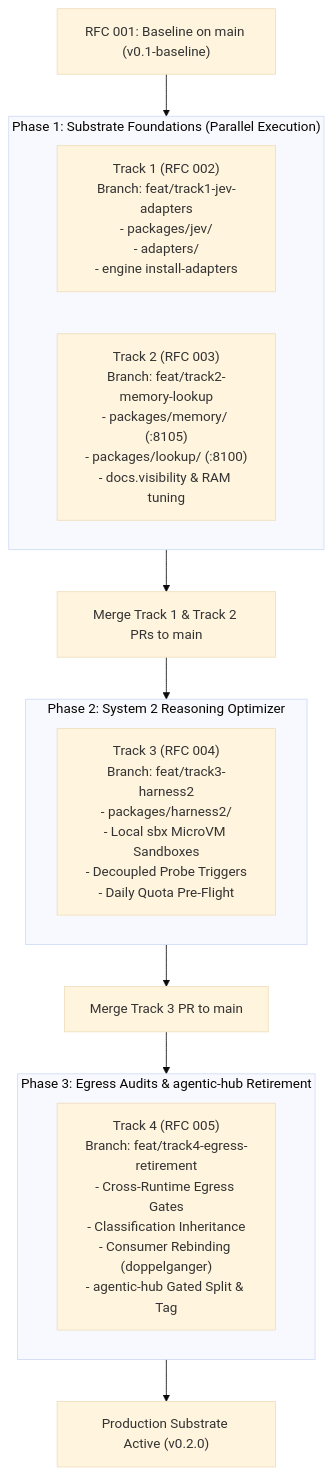
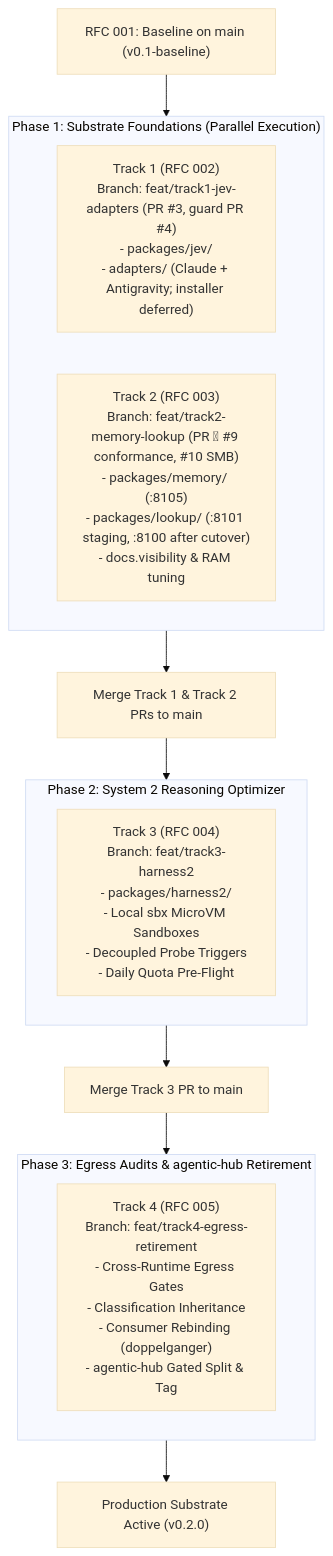
One commit to rockad/cognitive-engine changed the diagram in docs/plans/2026-10-26-multi-track-implementation-plan.md. Above: the diagram before and after it, drawn with Mermaid (base theme). The commit also changed other lines of this file, not shown here.

First line of the commit message:
docs(plans): reconcile Track 1 and Track 2 text and the DAG with the real PR stack

````diff
--- a/docs/plans/2026-10-26-multi-track-implementation-plan.md
+++ b/docs/plans/2026-10-26-multi-track-implementation-plan.md
@@ -45,26 +49,26 @@
 ```mermaid
 flowchart TD
     MainBase["RFC 001: Baseline on main (v0.1-baseline)"] --> Phase1
 
     subgraph Phase1 ["Phase 1: Substrate Foundations (Parallel Execution)"]
         direction LR
-        Track1["Track 1 (RFC 002)<br/>Branch: feat/track1-jev-adapters<br/>- packages/jev/<br/>- adapters/<br/>- engine install-adapters"]
-        Track2["Track 2 (RFC 003)<br/>Branch: feat/track2-memory-lookup<br/>- packages/memory/ (:8105)<br/>- packages/lookup/ (:8100)<br/>- docs.visibility & RAM tuning"]
+        Track1["Track 1 (RFC 002)<br/>Branch: feat/track1-jev-adapters (PR #3, guard PR #4)<br/>- packages/jev/<br/>- adapters/ (Claude + Antigravity; installer deferred)"]
+        Track2["Track 2 (RFC 003)<br/>Branch: feat/track2-memory-lookup (PR #8; #9 conformance, #10 SMB)<br/>- packages/memory/ (:8105)<br/>- packages/lookup/ (:8101 staging, :8100 after cutover)<br/>- docs.visibility & RAM tuning"]
     end
 
     Phase1 --> Merge1["Merge Track 1 & Track 2 PRs to main"]
     Merge1 --> Phase2
 
     subgraph Phase2 ["Phase 2: System 2 Reasoning Optimizer"]
         Track3["Track 3 (RFC 004)<br/>Branch: feat/track3-harness2<br/>- packages/harness2/<br/>- Local sbx MicroVM Sandboxes<br/>- Decoupled Probe Triggers<br/>- Daily Quota Pre-Flight"]
     end
 
     Phase2 --> Merge2["Merge Track 3 PR to main"]
     Merge2 --> Phase3
 
     subgraph Phase3 ["Phase 3: Egress Audits & agentic-hub Retirement"]
         Track4["Track 4 (RFC 005)<br/>Branch: feat/track4-egress-retirement<br/>- Cross-Runtime Egress Gates<br/>- Classification Inheritance<br/>- Consumer Rebinding (doppelganger)<br/>- agentic-hub Gated Split & Tag"]
     end
 
     Phase3 --> FinalProd["Production Substrate Active (v0.2.0)"]
 ```
````
